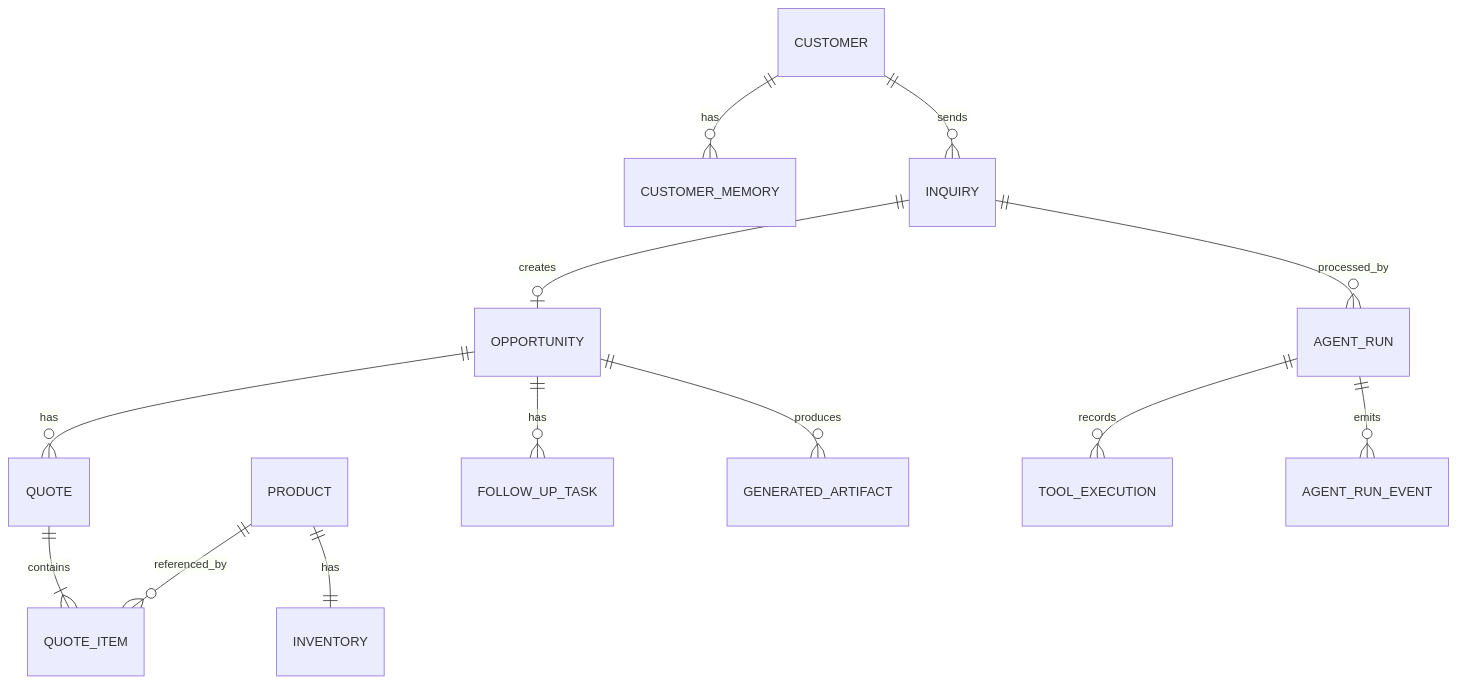
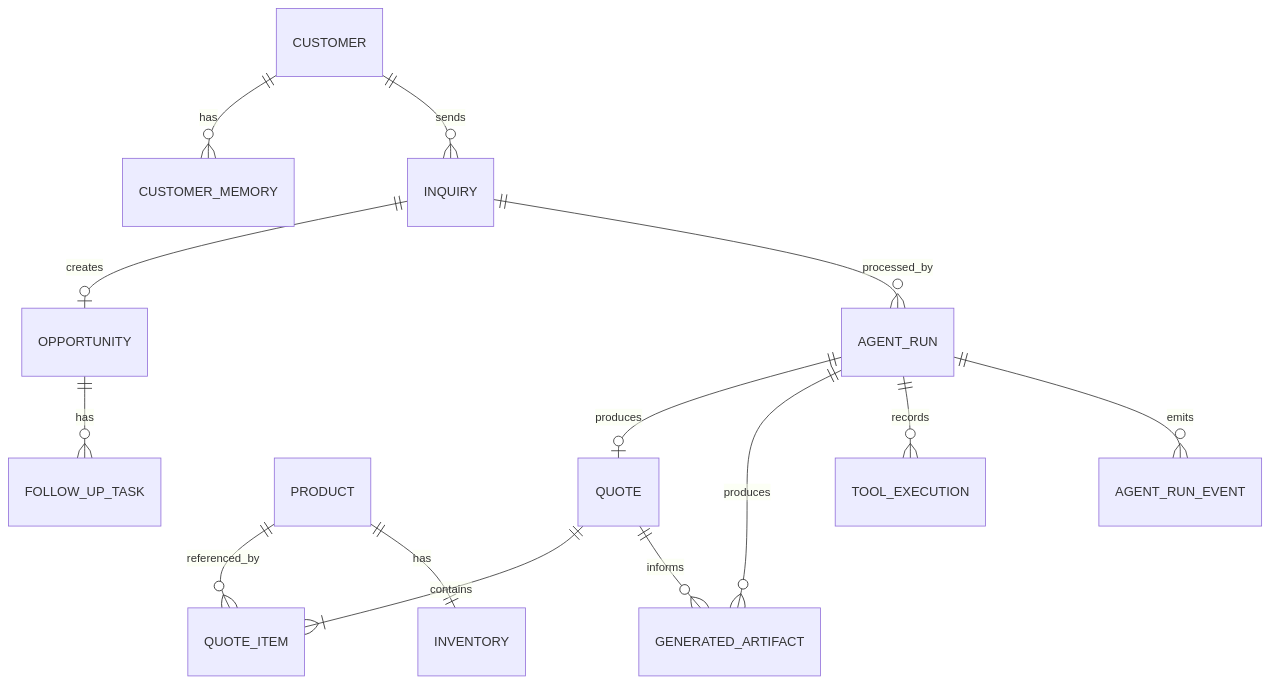
Before and after one commit to 4356gs/adegaflow-ai: the diagram in docs/architecture/023-data-model.md, drawn with Mermaid. The commit also changed other lines of this file and 5 other files, not shown here.

````diff
--- a/docs/architecture/023-data-model.md
+++ b/docs/architecture/023-data-model.md
@@ -9,15 +9,16 @@
 ```mermaid
 erDiagram
     CUSTOMER ||--o{ CUSTOMER_MEMORY : has
     CUSTOMER ||--o{ INQUIRY : sends
     INQUIRY ||--o| OPPORTUNITY : creates
     INQUIRY ||--o{ AGENT_RUN : processed_by
-    OPPORTUNITY ||--o{ QUOTE : has
+    AGENT_RUN ||--o| QUOTE : produces
     QUOTE ||--|{ QUOTE_ITEM : contains
     PRODUCT ||--o{ QUOTE_ITEM : referenced_by
     PRODUCT ||--|| INVENTORY : has
+    AGENT_RUN ||--o{ GENERATED_ARTIFACT : produces
+    QUOTE ||--o{ GENERATED_ARTIFACT : informs
     OPPORTUNITY ||--o{ FOLLOW_UP_TASK : has
-    OPPORTUNITY ||--o{ GENERATED_ARTIFACT : produces
     AGENT_RUN ||--o{ TOOL_EXECUTION : records
     AGENT_RUN ||--o{ AGENT_RUN_EVENT : emits
 ```
````
